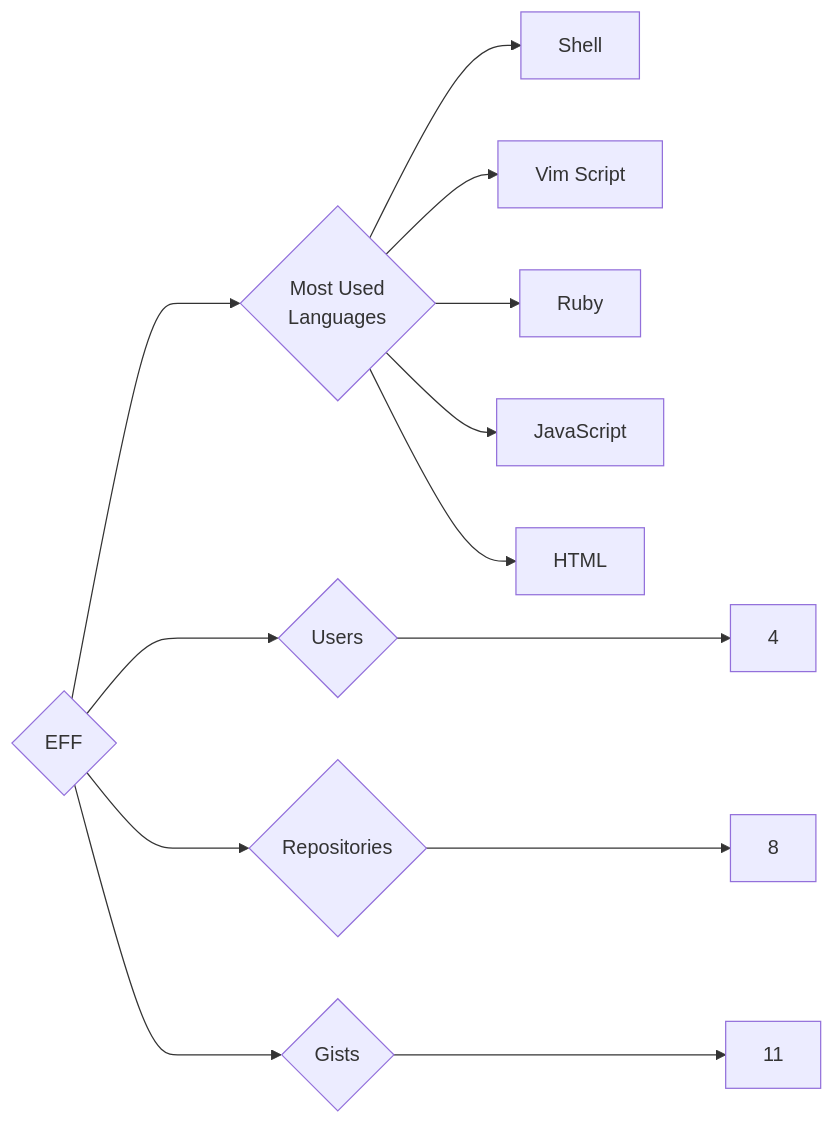
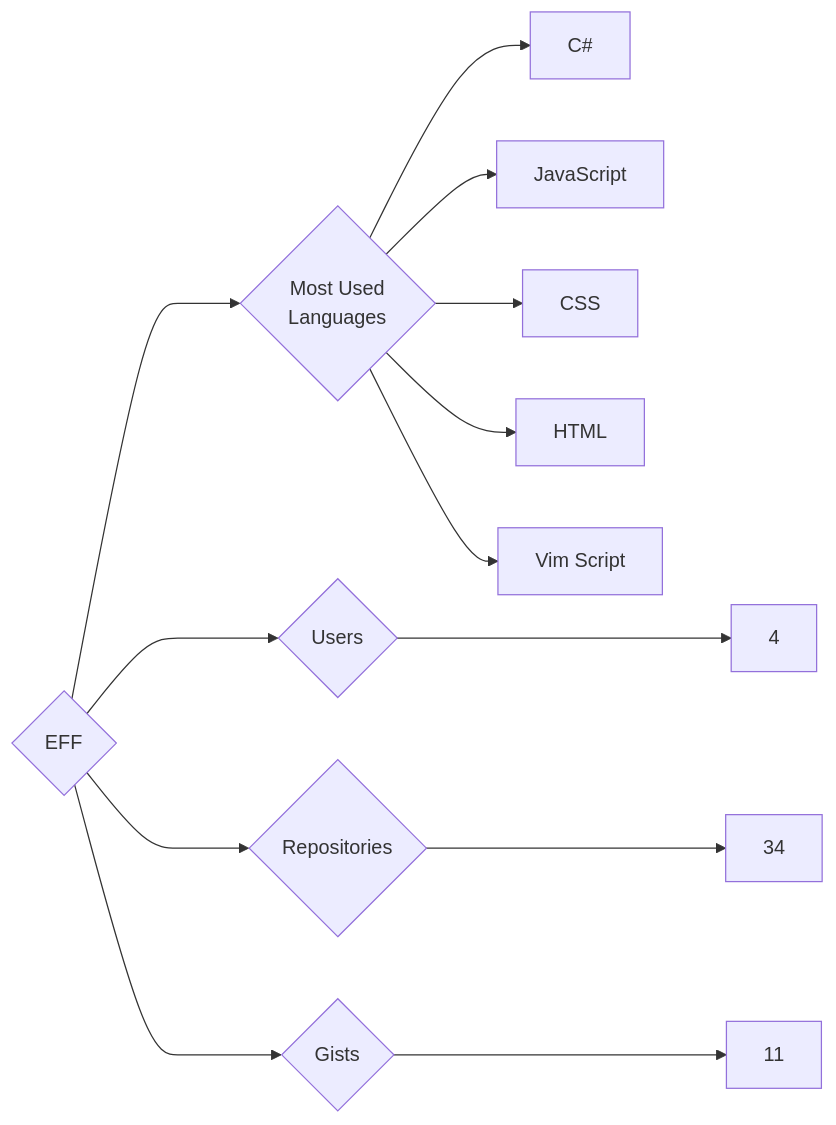
Before and after one commit to trickest/insiders: the diagram in targets/EFF/README.md, drawn with Mermaid. The commit also changed 773 other files, not shown here.

````diff
--- a/targets/EFF/README.md
+++ b/targets/EFF/README.md
@@ -3,13 +3,13 @@
 ```mermaid
 graph LR
 COMPANY_NAME{EFF}
 COMPANY_NAME ---> U{Users} ---> UN[4]
-COMPANY_NAME ---> R{Repositories} ---> RN[8]
+COMPANY_NAME ---> R{Repositories} ---> RN[34]
 COMPANY_NAME ---> G{Gists} ---> GN[11]
 COMPANY_NAME ---> ML{Most Used<br>Languages}
-ML --> Shell[Shell]
+ML --> C#[C#]
+ML --> JavaScript[JavaScript]
+ML --> CSS[CSS]
+ML --> HTML[HTML]
 ML --> Vim_Script[Vim Script]
-ML --> Ruby[Ruby]
-ML --> JavaScript[JavaScript]
-ML --> HTML[HTML]
 ```
````
